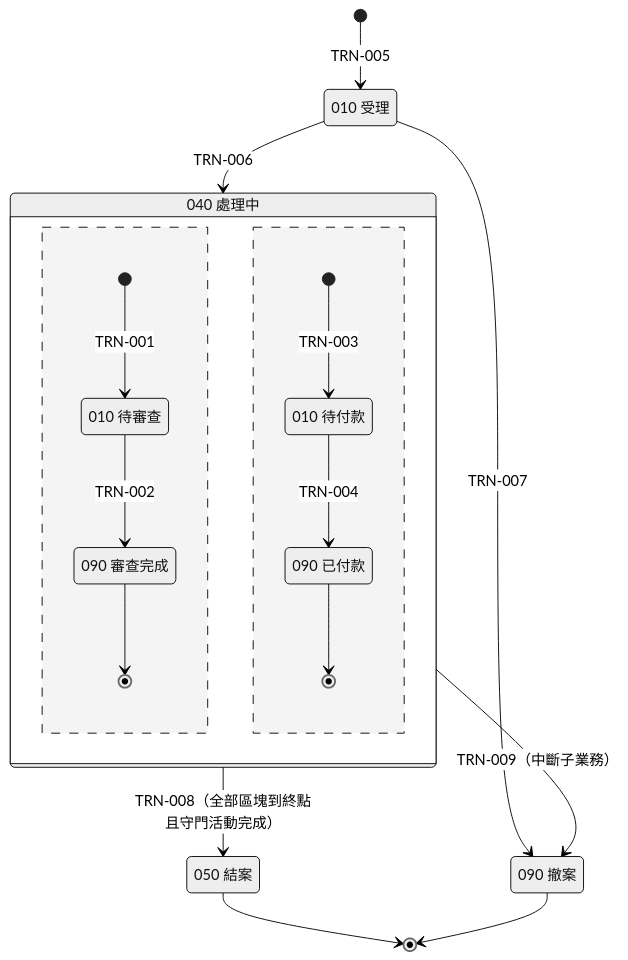
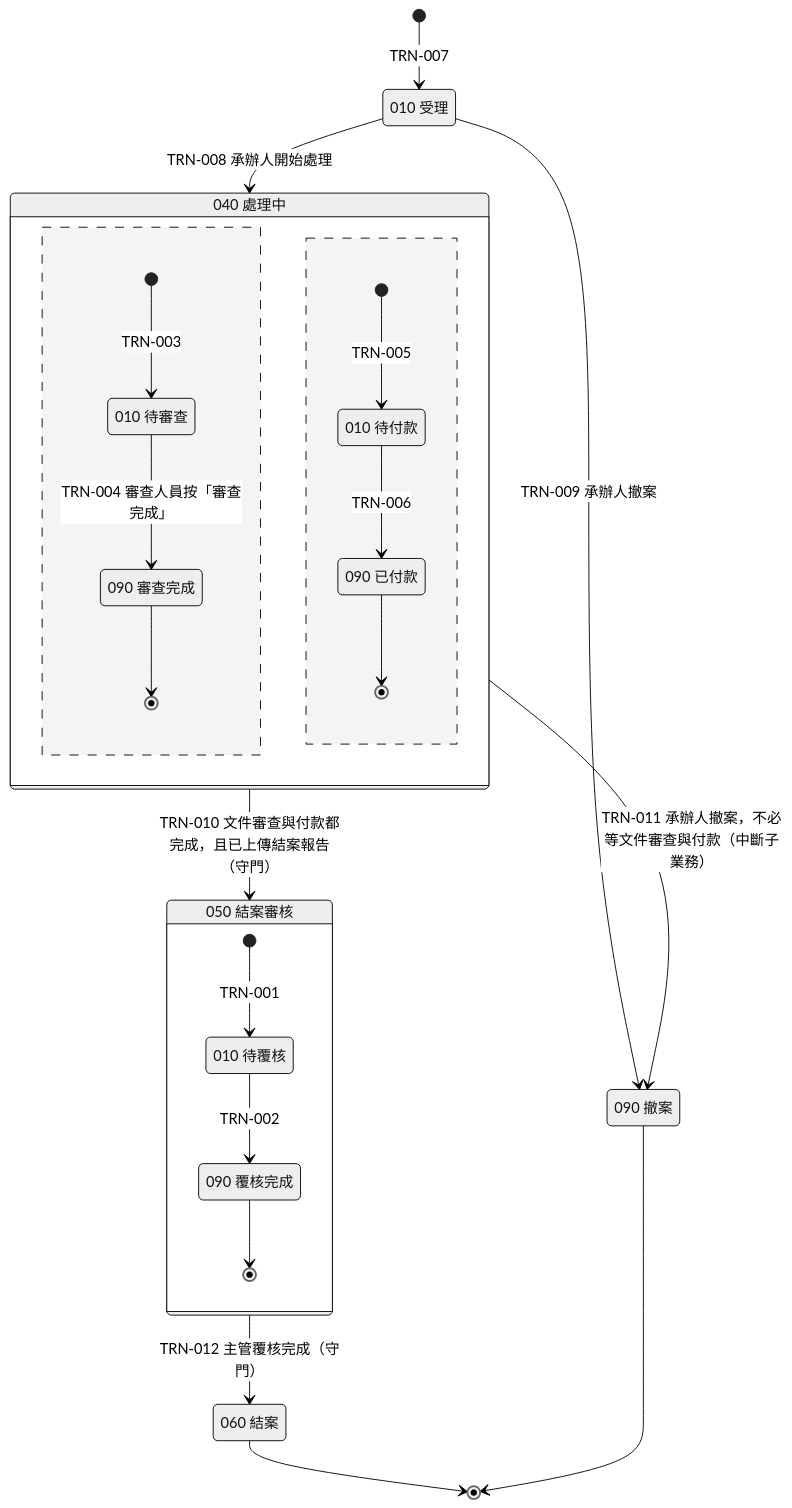
Before and after one commit to jonny50905/MCPSample: the fourth of 4 diagrams in docs/design/spec-schema-framework/walkthrough.md, drawn with Mermaid (neutral theme). The commit also changed other lines of this file and 44 other files, not shown here.

First line of the commit message:
docs(design): issue #37 依管理者回覆補上線上描述、多段圖對應與說明區域處置

````diff
--- a/docs/design/spec-schema-framework/walkthrough.md
+++ b/docs/design/spec-schema-framework/walkthrough.md
@@ -679,26 +742,34 @@
 ```mermaid
 stateDiagram-v2
     state "010 受理" as S010
     state "040 處理中" as S040 {
-        state "010 待審查" as R1_010
-        state "090 審查完成" as R1_090
-        [*] --> R1_010 : TRN-001
-        R1_010 --> R1_090 : TRN-002
-        R1_090 --> [*]
+        state "010 待審查" as R040_1_010
+        state "090 審查完成" as R040_1_090
+        [*] --> R040_1_010 : TRN-003
+        R040_1_010 --> R040_1_090 : TRN-004 審查人員按「審查完成」
+        R040_1_090 --> [*]
         --
-        state "010 待付款" as R2_010
-        state "090 已付款" as R2_090
-        [*] --> R2_010 : TRN-003
-        R2_010 --> R2_090 : TRN-004
-        R2_090 --> [*]
+        state "010 待付款" as R040_2_010
+        state "090 已付款" as R040_2_090
+        [*] --> R040_2_010 : TRN-005
+        R040_2_010 --> R040_2_090 : TRN-006
+        R040_2_090 --> [*]
     }
-    state "050 結案" as S050
+    state "050 結案審核" as S050 {
+        state "010 待覆核" as R050_1_010
+        state "090 覆核完成" as R050_1_090
+        [*] --> R050_1_010 : TRN-001
+        R050_1_010 --> R050_1_090 : TRN-002
+        R050_1_090 --> [*]
+    }
+    state "060 結案" as S060
     state "090 撤案" as S090
-    [*] --> S010 : TRN-005
-    S010 --> S040 : TRN-006
-    S010 --> S090 : TRN-007
-    S040 --> S050 : TRN-008（全部區塊到終點且守門活動完成）
-    S040 --> S090 : TRN-009（中斷子業務）
-    S050 --> [*]
+    [*] --> S010 : TRN-007
+    S010 --> S040 : TRN-008 承辦人開始處理
+    S010 --> S090 : TRN-009 承辦人撤案
+    S040 --> S050 : TRN-010 文件審查與付款都完成，且已上傳結案報告（守門）
+    S040 --> S090 : TRN-011 承辦人撤案，不必等文件審查與付款（中斷子業務）
+    S050 --> S060 : TRN-012 主管覆核完成（守門）
+    S060 --> [*]
     S090 --> [*]
 ```
````
